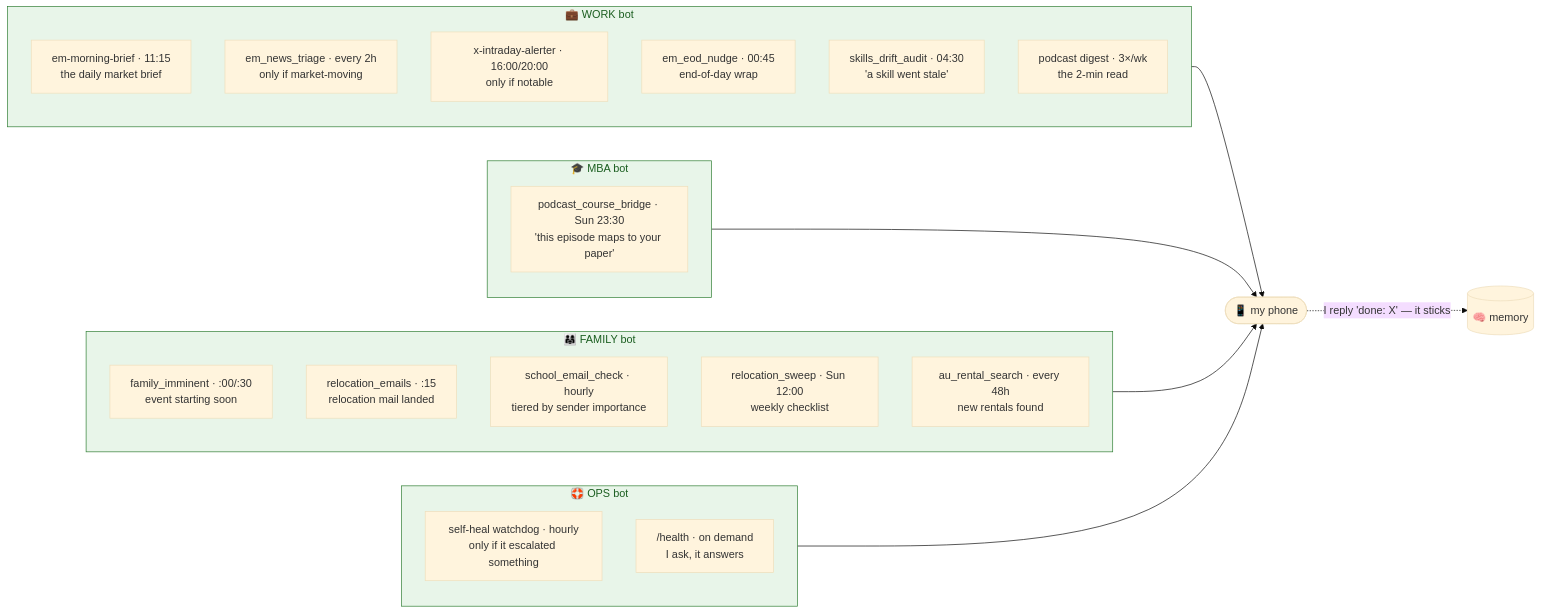
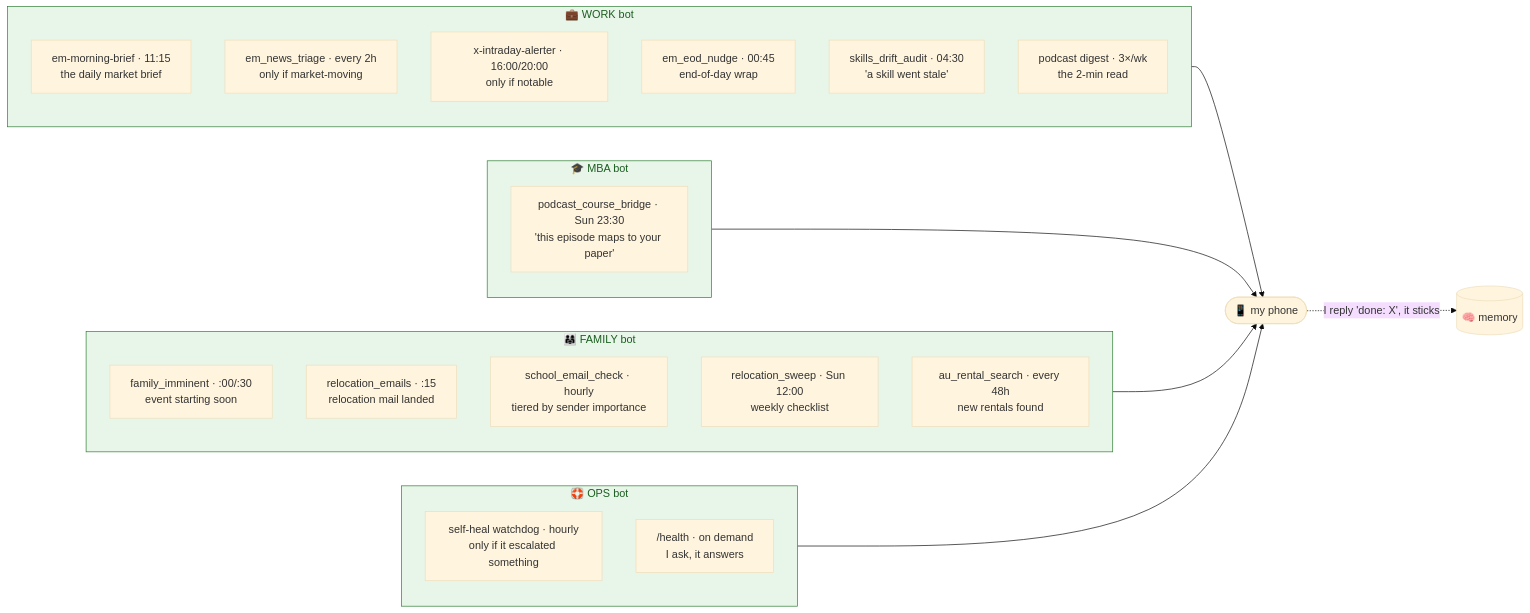
The fifth of 6 diagrams in docs/08-the-fleet-map.md (nickmuchi87/hermes-agents-showcase), drawn with Mermaid (base theme) before and after one commit. The commit also changed other lines of this file and 16 other files, not shown here.

````diff
--- a/docs/08-the-fleet-map.md
+++ b/docs/08-the-fleet-map.md
@@ -197,35 +197,35 @@
 ```mermaid
 flowchart LR
     subgraph work["💼 WORK bot"]
         direction TB
         a1["em-morning-brief · 11:15<br/>the daily market brief"]
         a2["em_news_triage · every 2h<br/>only if market-moving"]
         a3["x-intraday-alerter · 16:00/20:00<br/>only if notable"]
         a4["em_eod_nudge · 00:45<br/>end-of-day wrap"]
         a5["skills_drift_audit · 04:30<br/>'a skill went stale'"]
         a6["podcast digest · 3×/wk<br/>the 2-min read"]
     end
     subgraph mba["🎓 MBA bot"]
         b1["podcast_course_bridge · Sun 23:30<br/>'this episode maps to your paper'"]
     end
     subgraph fam["👨‍👩‍👧 FAMILY bot"]
         c1["family_imminent · :00/:30<br/>event starting soon"]
         c2["relocation_emails · :15<br/>relocation mail landed"]
         c3["school_email_check · hourly<br/>tiered by sender importance"]
         c4["relocation_sweep · Sun 12:00<br/>weekly checklist"]
         c5["au_rental_search · every 48h<br/>new rentals found"]
     end
     subgraph ops["🛟 OPS bot"]
         d1["self-heal watchdog · hourly<br/>only if it escalated something"]
         d2["/health · on demand<br/>I ask, it answers"]
     end
 
     work --> phone(["📱 my phone"])
     mba --> phone
     fam --> phone
     ops --> phone
-    phone -. "I reply 'done: X' — it sticks" .-> brain[("🧠 memory")]
+    phone -. "I reply 'done: X', it sticks" .-> brain[("🧠 memory")]
 
     classDef g fill:#e8f5e9,stroke:#2e7d32,color:#1b5e20;
     class work,mba,fam,ops g;
 ```
````
